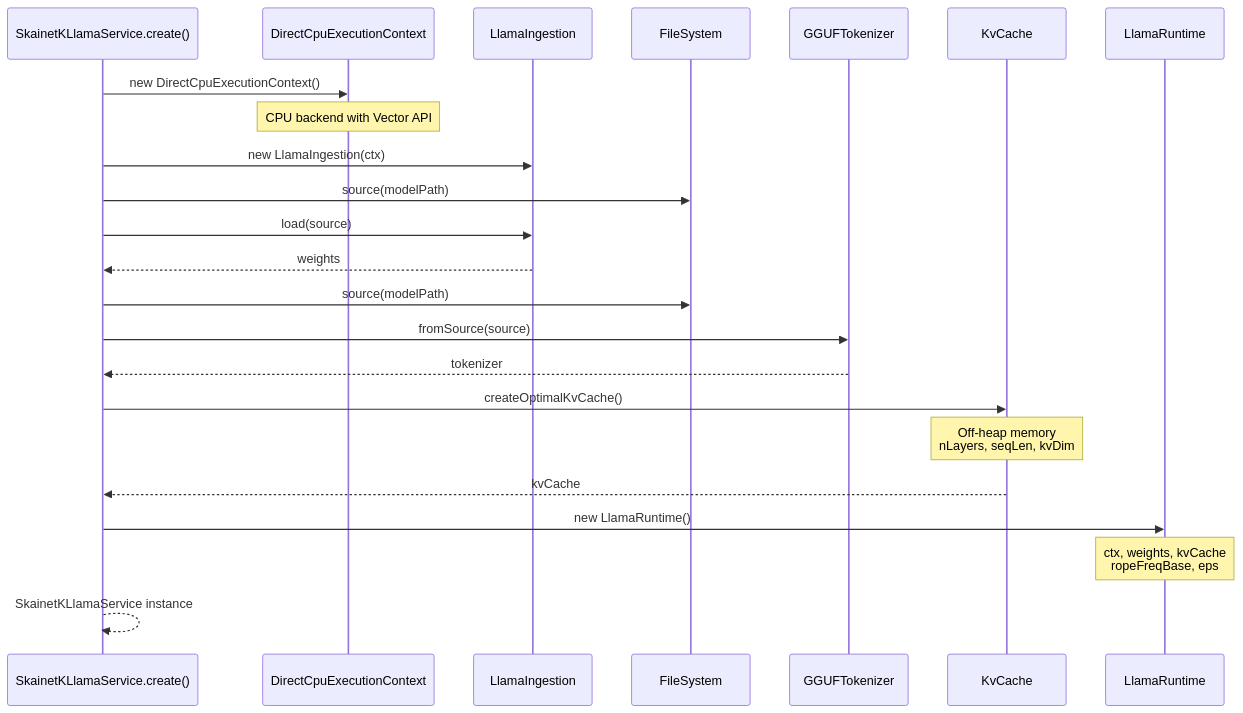
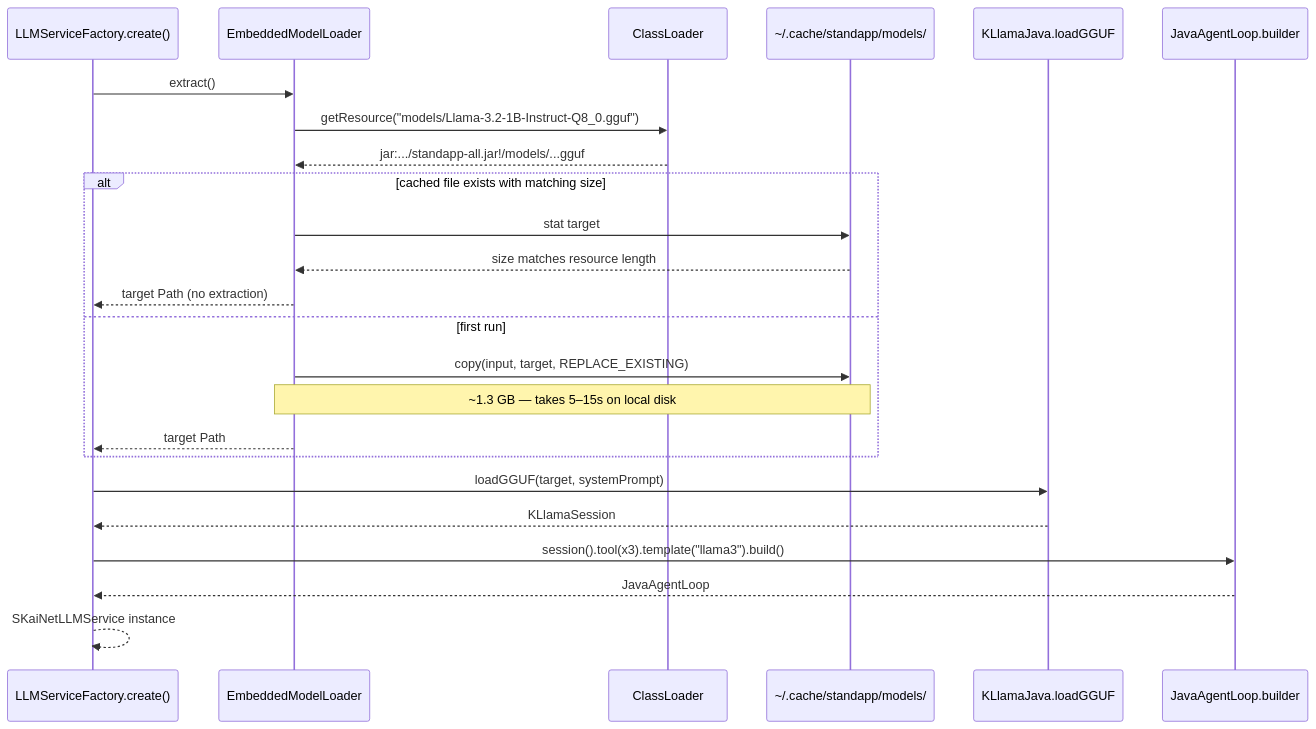
The third of 7 diagrams in docs/modules/architecture/pages/06-runtime-view.adoc (michalharakal/Daily-StandAPP), drawn with Mermaid before and after one commit. The commit also changed other lines of this file and 18 other files, not shown here.

```diff
--- a/docs/modules/architecture/pages/06-runtime-view.adoc
+++ b/docs/modules/architecture/pages/06-runtime-view.adoc
@@ -87,32 +101,30 @@
 [mermaid]
 ----
 sequenceDiagram
-    participant Factory as SkainetKLlamaService.create()
-    participant Ctx as DirectCpuExecutionContext
-    participant Ingest as LlamaIngestion
-    participant FS as FileSystem
-    participant Tok as GGUFTokenizer
-    participant Cache as KvCache
-    participant Runtime as LlamaRuntime
+    participant Factory as LLMServiceFactory.create()
+    participant EML as EmbeddedModelLoader
+    participant CL as ClassLoader
+    participant FS as ~/.cache/standapp/models/
+    participant KLlama as KLlamaJava.loadGGUF
+    participant Builder as JavaAgentLoop.builder
 
-    Factory->>Ctx: new DirectCpuExecutionContext()
-    Note over Ctx: CPU backend with Vector API
+    Factory->>EML: extract()
+    EML->>CL: getResource("models/Llama-3.2-1B-Instruct-Q8_0.gguf")
+    CL-->>EML: jar:.../standapp-all.jar!/models/...gguf
 
-    Factory->>Ingest: new LlamaIngestion(ctx)
-    Factory->>FS: source(modelPath)
-    Factory->>Ingest: load(source)
-    Ingest-->>Factory: weights
+    alt cached file exists with matching size
+        EML->>FS: stat target
+        FS-->>EML: size matches resource length
+        EML-->>Factory: target Path (no extraction)
+    else first run
+        EML->>FS: copy(input, target, REPLACE_EXISTING)
+        Note over EML,FS: ~1.3 GB — takes 5–15s on local disk
+        EML-->>Factory: target Path
+    end
 
-    Factory->>FS: source(modelPath)
-    Factory->>Tok: fromSource(source)
-    Tok-->>Factory: tokenizer
-
-    Factory->>Cache: createOptimalKvCache()
-    Note over Cache: Off-heap memory<br/>nLayers, seqLen, kvDim
-    Cache-->>Factory: kvCache
-
-    Factory->>Runtime: new LlamaRuntime()
-    Note over Runtime: ctx, weights, kvCache<br/>ropeFreqBase, eps
-
-    Factory-->>Factory: SkainetKLlamaService instance
+    Factory->>KLlama: loadGGUF(target, systemPrompt)
+    KLlama-->>Factory: KLlamaSession
+    Factory->>Builder: session().tool(x3).template("llama3").build()
+    Builder-->>Factory: JavaAgentLoop
+    Factory-->>Factory: SKaiNetLLMService instance
 ----
```
